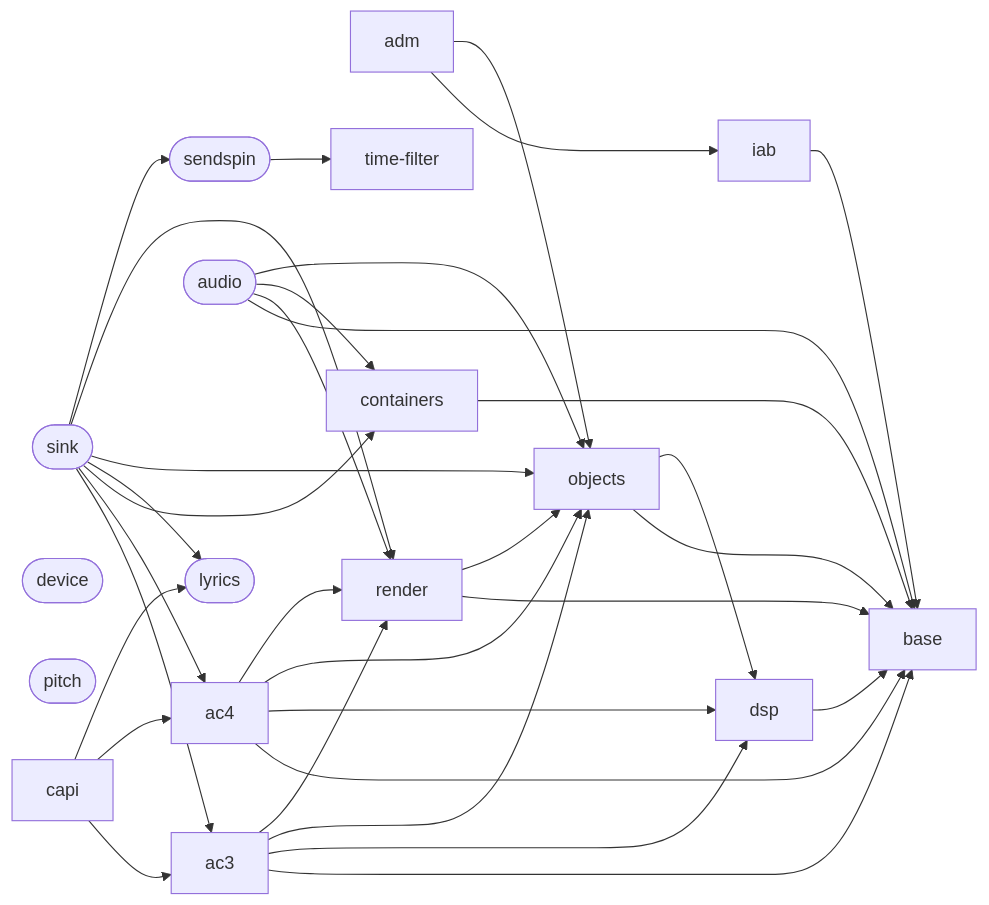
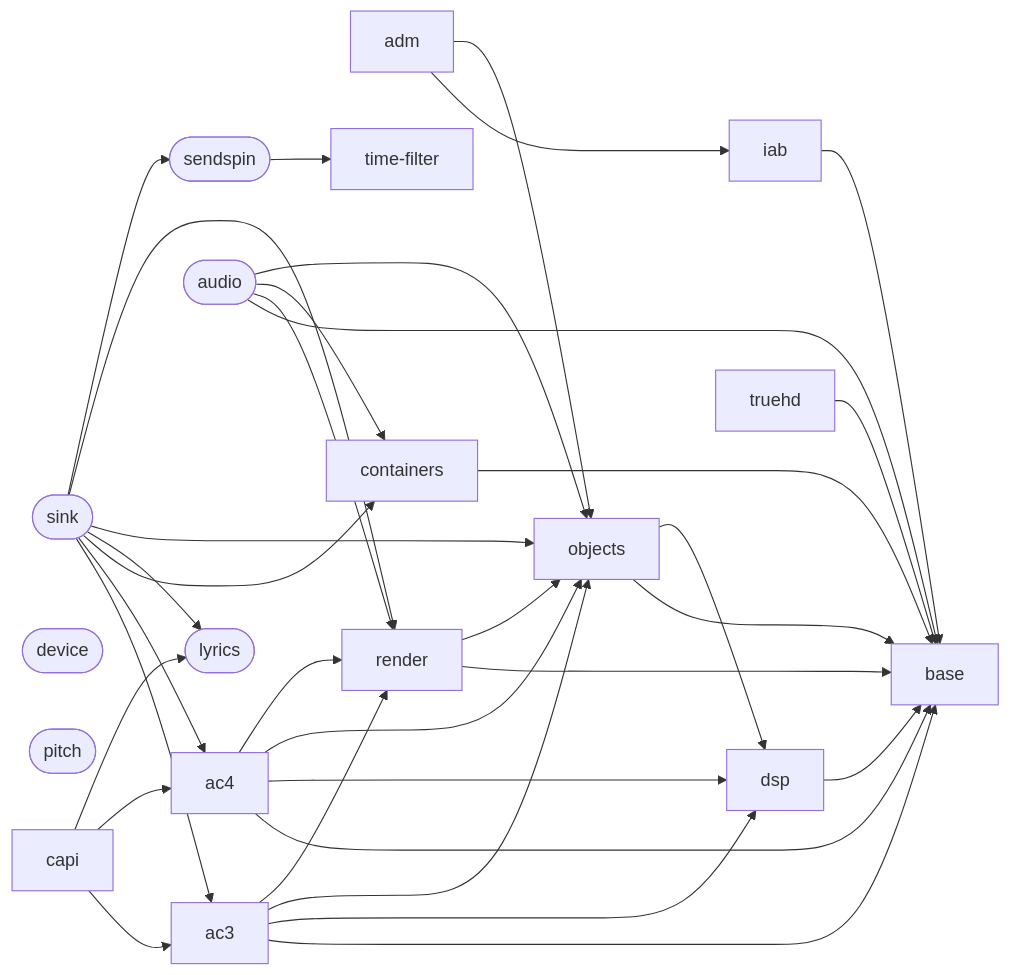
The diagram in docs/projects.md (iainchesworthlabs/iclforge), drawn with Mermaid before and after one commit. The commit also changed other lines of this file and 48 other files, not shown here.

````diff
--- a/docs/projects.md
+++ b/docs/projects.md
@@ -105,52 +106,54 @@
 ```mermaid
 flowchart LR
     ac3["ac3"]
     ac4["ac4"]
     adm["adm"]
     audio(["audio"])
     base["base"]
     capi["capi"]
     containers["containers"]
     device(["device"])
     dsp["dsp"]
     iab["iab"]
     lyrics(["lyrics"])
     objects["objects"]
     pitch(["pitch"])
     render["render"]
     sendspin(["sendspin"])
     sink(["sink"])
     time_filter["time-filter"]
+    truehd["truehd"]
     ac3 --> base
     ac3 --> dsp
     ac3 --> objects
     ac3 --> render
     ac4 --> base
     ac4 --> dsp
     ac4 --> objects
     ac4 --> render
     adm --> iab
     adm --> objects
     audio --> base
     audio --> render
     audio --> containers
     audio --> objects
     capi --> ac3
     capi --> ac4
     capi --> lyrics
     containers --> base
     dsp --> base
     iab --> base
     objects --> base
     objects --> dsp
     render --> base
     render --> objects
     sendspin --> time_filter
     sink --> ac3
     sink --> ac4
     sink --> containers
     sink --> lyrics
     sink --> objects
     sink --> render
     sink --> sendspin
+    truehd --> base
 ```
````
